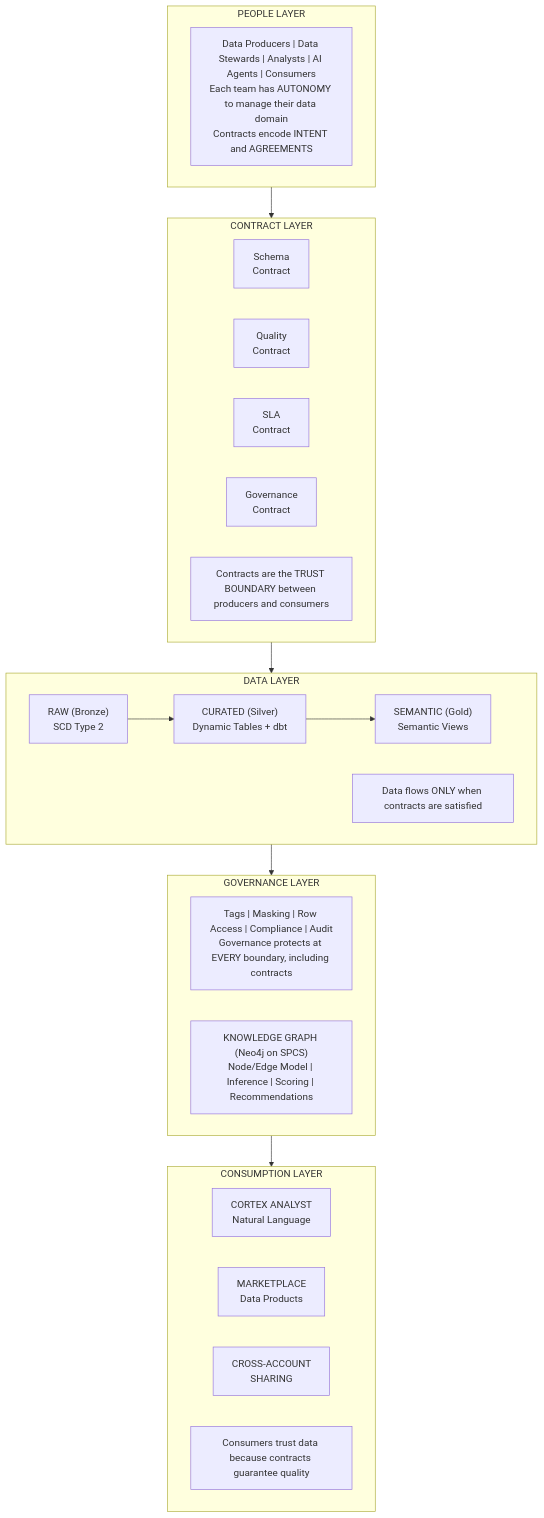
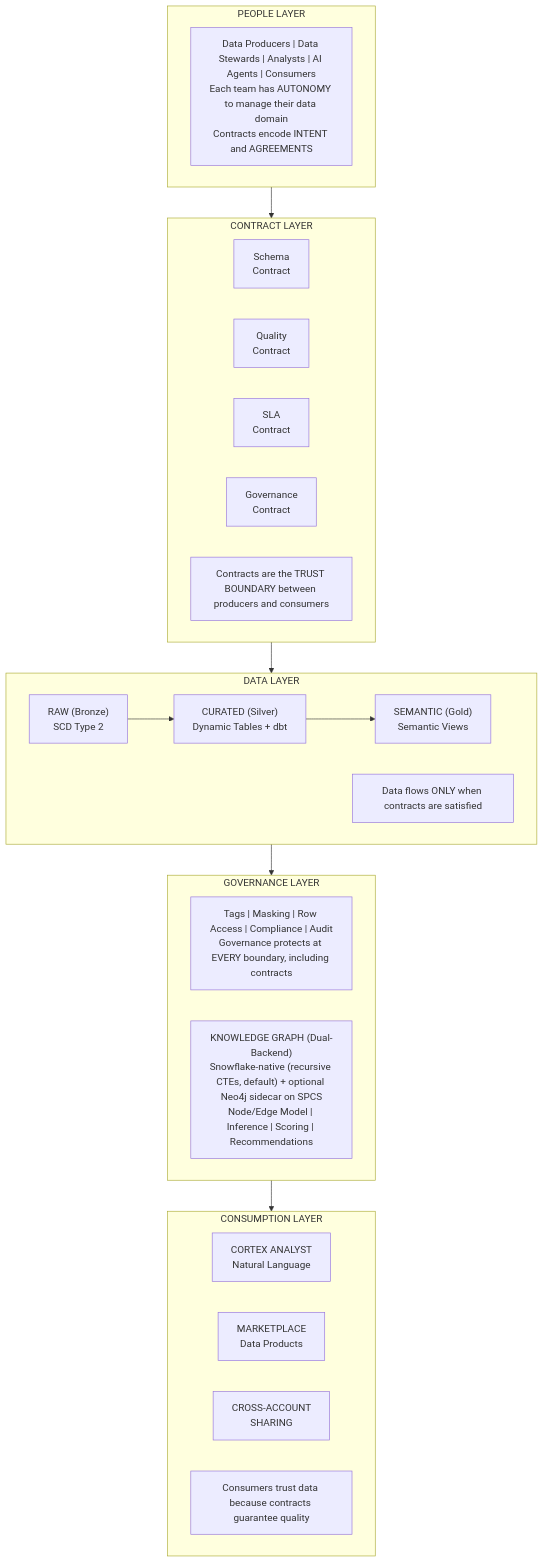
Before and after one commit to sfc-gh-smitchener-1/snowflake-dca-fullstack-demo: the seventh of 9 diagrams in docs/ARCHITECTURE.md, drawn with Mermaid. The commit also changed other lines of this file and 25 other files, not shown here.

First line of the commit message:
feat(ontology-graph): dual-backend graph engine — Snowflake-native + optional Neo4j

````diff
--- a/docs/ARCHITECTURE.md
+++ b/docs/ARCHITECTURE.md
@@ -506,31 +506,31 @@
 ```mermaid
 flowchart TB
     subgraph PEOPLE["PEOPLE LAYER"]
         P["Data Producers | Data Stewards | Analysts | AI Agents | Consumers\nEach team has AUTONOMY to manage their data domain\nContracts encode INTENT and AGREEMENTS"]
     end
     subgraph CONTRACTS["CONTRACT LAYER"]
         C_SCHEMA["Schema\nContract"]
         C_QUALITY["Quality\nContract"]
         C_SLA["SLA\nContract"]
         C_GOV["Governance\nContract"]
         C_NOTE["Contracts are the TRUST BOUNDARY between producers and consumers"]
     end
     subgraph DATALAYER["DATA LAYER"]
         RAW["RAW (Bronze)\nSCD Type 2"]
         CURATED["CURATED (Silver)\nDynamic Tables + dbt"]
         SEMANTIC["SEMANTIC (Gold)\nSemantic Views"]
         RAW --> CURATED --> SEMANTIC
         D_NOTE["Data flows ONLY when contracts are satisfied"]
     end
     subgraph GOVERNANCE["GOVERNANCE LAYER"]
         G["Tags | Masking | Row Access | Compliance | Audit\nGovernance protects at EVERY boundary, including contracts"]
-        KG["KNOWLEDGE GRAPH (Neo4j on SPCS)\nNode/Edge Model | Inference | Scoring | Recommendations"]
+        KG["KNOWLEDGE GRAPH (Dual-Backend)\nSnowflake-native (recursive CTEs, default) + optional Neo4j sidecar on SPCS\nNode/Edge Model | Inference | Scoring | Recommendations"]
     end
     subgraph CONSUMPTION["CONSUMPTION LAYER"]
         CORTEX["CORTEX ANALYST\nNatural Language"]
         MARKET["MARKETPLACE\nData Products"]
         SHARING["CROSS-ACCOUNT\nSHARING"]
         CON_NOTE["Consumers trust data because contracts guarantee quality"]
     end
     PEOPLE --> CONTRACTS --> DATALAYER --> GOVERNANCE --> CONSUMPTION
 ```
````
